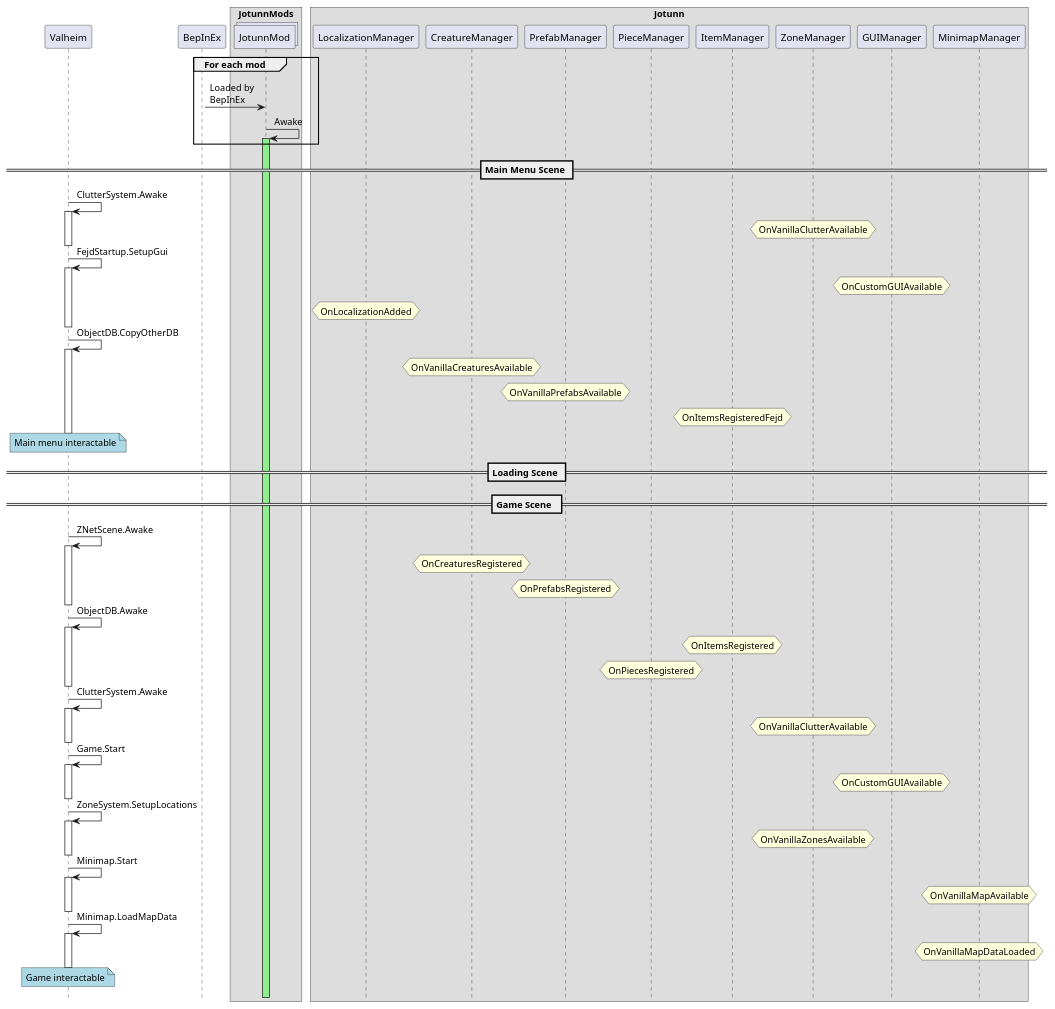
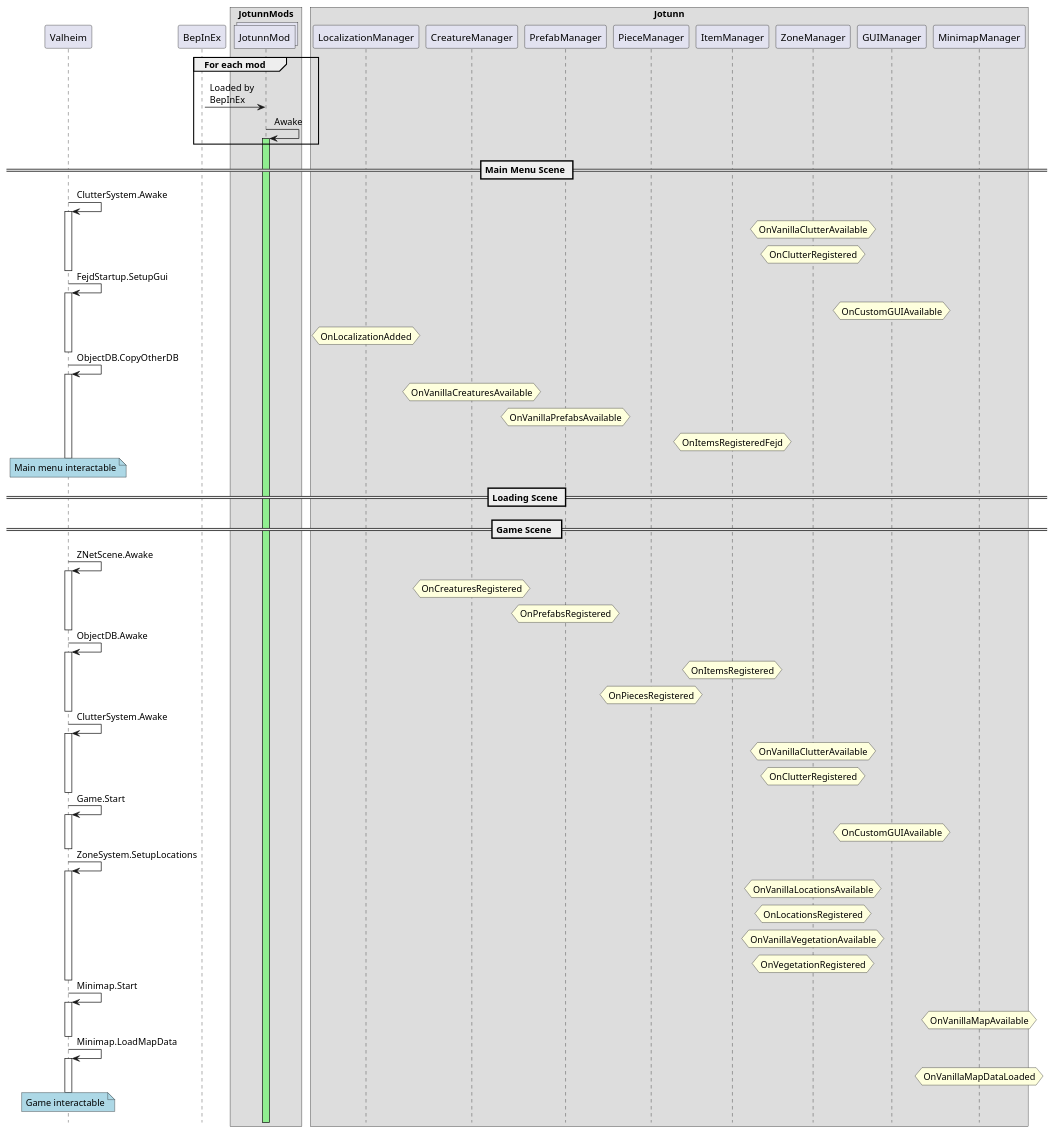
One commit to Valheim-Modding/Jotunn changed the diagram in JotunnLib/Documentation/flow.puml. Above: the diagram before and after it, drawn with PlantUML. The commit also changed 1 other file, not shown here.

```diff
--- a/JotunnLib/Documentation/flow.puml
+++ b/JotunnLib/Documentation/flow.puml
@@ -1,83 +1,89 @@
 @startuml
 '' flow
 !pragma teoz true
 hide footbox
 
 participant Valheim
 participant BepInEx
 
 box JotunnMods
     collections JotunnMod
 end box
 
 box Jotunn
     participant LocalizationManager
     participant CreatureManager
     participant PrefabManager
     participant PieceManager
     participant ItemManager
     participant ZoneManager
     participant GUIManager
     participant MinimapManager
 end box
 
 group For each mod
     ?->JotunnMod **: Loaded by\nBepInEx
     JotunnMod -> JotunnMod ++ #lightgreen: Awake
 end group
 
 == Main Menu Scene ==
 
 Valheim -> Valheim++: ClutterSystem.Awake
     hnote over ZoneManager: OnVanillaClutterAvailable
+    hnote over ZoneManager: OnClutterRegistered
 deactivate Valheim
 
 Valheim -> Valheim++: FejdStartup.SetupGui
     hnote over GUIManager: OnCustomGUIAvailable
     hnote over LocalizationManager: OnLocalizationAdded
 deactivate Valheim
 
 Valheim -> Valheim++: ObjectDB.CopyOtherDB
     hnote over CreatureManager: OnVanillaCreaturesAvailable
     hnote over PrefabManager: OnVanillaPrefabsAvailable
     hnote over ItemManager: OnItemsRegisteredFejd
 deactivate Valheim
 
 note over Valheim #lightblue: Main menu interactable
 
 == Loading Scene ==
 == Game Scene  ==
 
 Valheim -> Valheim++: ZNetScene.Awake
     hnote over CreatureManager: OnCreaturesRegistered
     hnote over PrefabManager: OnPrefabsRegistered
 deactivate Valheim
 
 Valheim -> Valheim++: ObjectDB.Awake
     hnote over ItemManager: OnItemsRegistered
     hnote over PieceManager: OnPiecesRegistered
 deactivate Valheim
 
 Valheim -> Valheim++: ClutterSystem.Awake
     hnote over ZoneManager: OnVanillaClutterAvailable
+    hnote over ZoneManager: OnClutterRegistered
 deactivate Valheim
 
 Valheim -> Valheim++: Game.Start
     hnote over GUIManager: OnCustomGUIAvailable
 deactivate Valheim
 
 Valheim -> Valheim++: ZoneSystem.SetupLocations
-    hnote over ZoneManager: OnVanillaZonesAvailable
+    hnote over ZoneManager: OnVanillaLocationsAvailable
+    hnote over ZoneManager: OnLocationsRegistered
+    hnote over ZoneManager: OnVanillaVegetationAvailable
+    hnote over ZoneManager: OnVegetationRegistered
 deactivate Valheim
 
 Valheim -> Valheim++: Minimap.Start
     hnote over MinimapManager: OnVanillaMapAvailable
 deactivate Valheim
 
 Valheim -> Valheim++: Minimap.LoadMapData
     hnote over MinimapManager: OnVanillaMapDataLoaded
 deactivate Valheim
 
+
 note over Valheim #lightblue: Game interactable
- 
+
 @enduml
```
